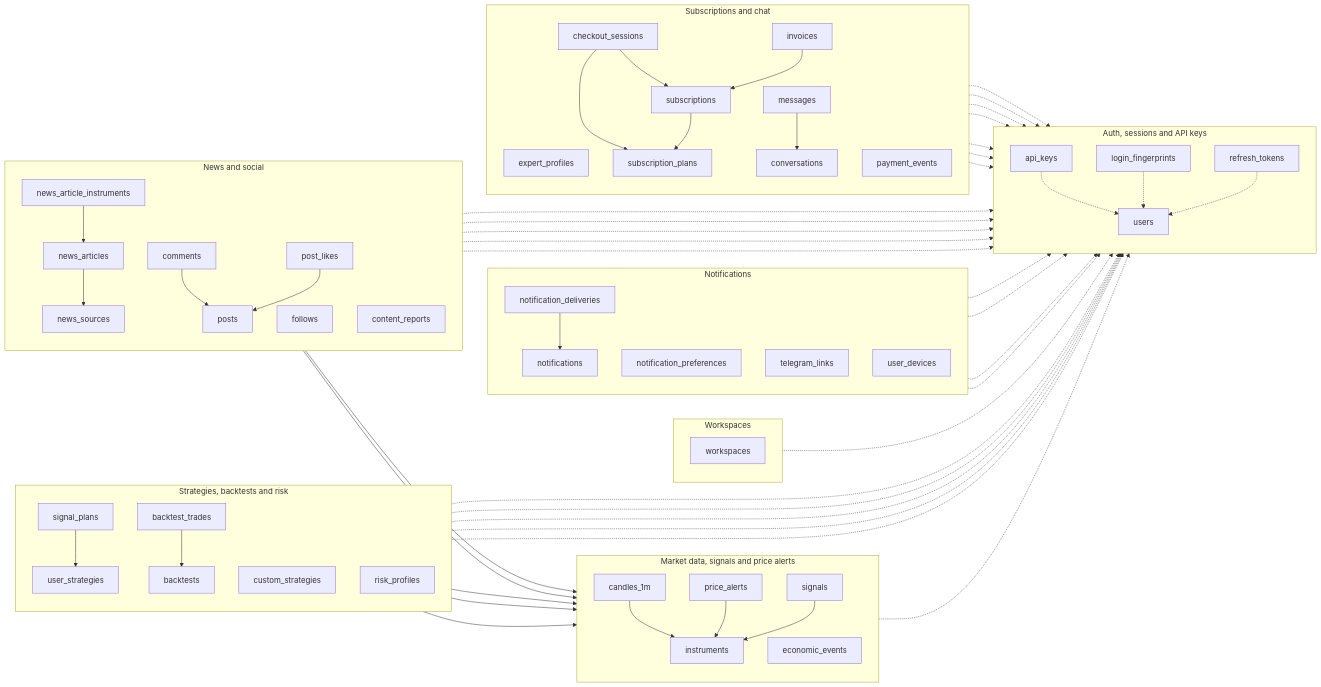
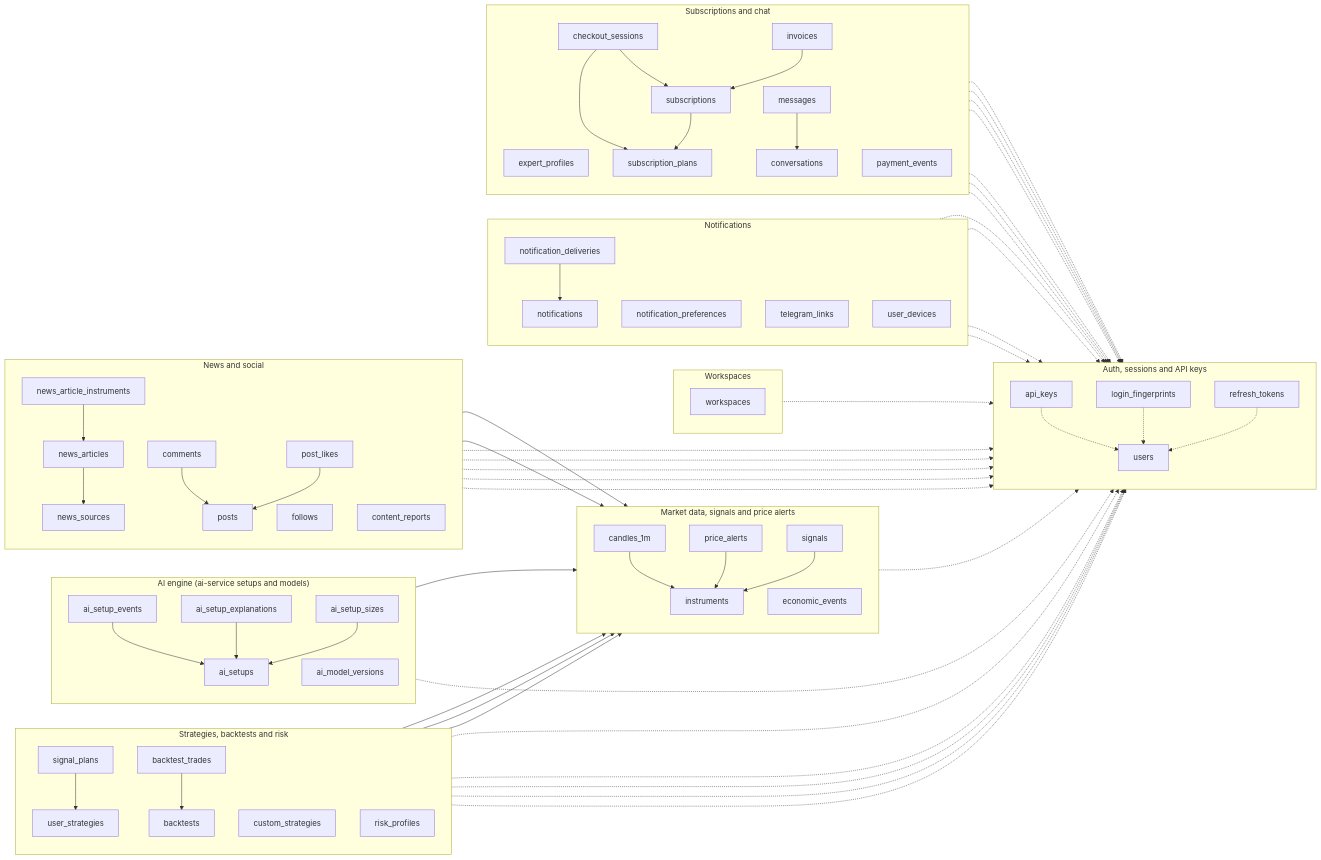
The diagram in docs/erd/mmd/overview.mmd (yazan-alsamman/ai-trading-analysis-system), drawn with Mermaid before and after one commit. The commit also changed 16 other files, not shown here.

```diff
--- a/docs/erd/mmd/overview.mmd
+++ b/docs/erd/mmd/overview.mmd
@@ -1,105 +1,118 @@
 flowchart LR
     subgraph domain_auth["Auth, sessions and API keys"]
         direction TB
         users[users]
         refresh_tokens[refresh_tokens]
         api_keys[api_keys]
         login_fingerprints[login_fingerprints]
     end
     subgraph domain_market["Market data, signals and price alerts"]
         direction TB
         instruments[instruments]
         candles_1m[candles_1m]
         signals[signals]
         price_alerts[price_alerts]
         economic_events[economic_events]
     end
     subgraph domain_strategies["Strategies, backtests and risk"]
         direction TB
         user_strategies[user_strategies]
         custom_strategies[custom_strategies]
         backtests[backtests]
         backtest_trades[backtest_trades]
         risk_profiles[risk_profiles]
         signal_plans[signal_plans]
+    end
+    subgraph domain_ai["AI engine (ai-service setups and models)"]
+        direction TB
+        ai_setups[ai_setups]
+        ai_setup_events[ai_setup_events]
+        ai_model_versions[ai_model_versions]
+        ai_setup_sizes[ai_setup_sizes]
+        ai_setup_explanations[ai_setup_explanations]
     end
     subgraph domain_workspaces["Workspaces"]
         direction TB
         workspaces[workspaces]
     end
     subgraph domain_notifications["Notifications"]
         direction TB
         notifications[notifications]
         notification_deliveries[notification_deliveries]
         notification_preferences[notification_preferences]
         telegram_links[telegram_links]
         user_devices[user_devices]
     end
     subgraph domain_social["News and social"]
         direction TB
         news_sources[news_sources]
         news_articles[news_articles]
         news_article_instruments[news_article_instruments]
         posts[posts]
         comments[comments]
         post_likes[post_likes]
         follows[follows]
         content_reports[content_reports]
     end
     subgraph domain_subscriptions["Subscriptions and chat"]
         direction TB
         expert_profiles[expert_profiles]
         subscription_plans[subscription_plans]
         subscriptions[subscriptions]
         invoices[invoices]
         checkout_sessions[checkout_sessions]
         payment_events[payment_events]
         conversations[conversations]
         messages[messages]
     end
+    ai_setup_events --> ai_setups
+    ai_setup_explanations --> ai_setups
+    ai_setup_sizes --> ai_setups
+    ai_setup_sizes -.-> users
+    ai_setups --> instruments
     api_keys -.-> users
     backtest_trades --> backtests
     backtests --> instruments
     backtests -.-> users
     candles_1m --> instruments
     checkout_sessions --> subscription_plans
     checkout_sessions --> subscriptions
     checkout_sessions -.-> users
     comments --> posts
     comments -.-> users
     content_reports -.-> users
     conversations -.-> users
     custom_strategies -.-> users
     expert_profiles -.-> users
     follows -.-> users
     invoices --> subscriptions
     invoices -.-> users
     login_fingerprints -.-> users
     messages --> conversations
     messages -.-> users
     news_article_instruments --> instruments
     news_article_instruments --> news_articles
     news_articles --> news_sources
     notification_deliveries --> notifications
     notification_preferences -.-> users
     notifications -.-> users
     post_likes --> posts
     post_likes -.-> users
     posts --> instruments
     posts -.-> users
     price_alerts --> instruments
     price_alerts -.-> users
     refresh_tokens -.-> users
     risk_profiles -.-> users
     signal_plans --> signals
     signal_plans --> user_strategies
     signal_plans -.-> users
     signals --> instruments
     subscription_plans -.-> users
     subscriptions --> subscription_plans
     subscriptions -.-> users
     telegram_links -.-> users
     user_devices -.-> users
     user_strategies --> instruments
     user_strategies -.-> users
     workspaces -.-> users
```
